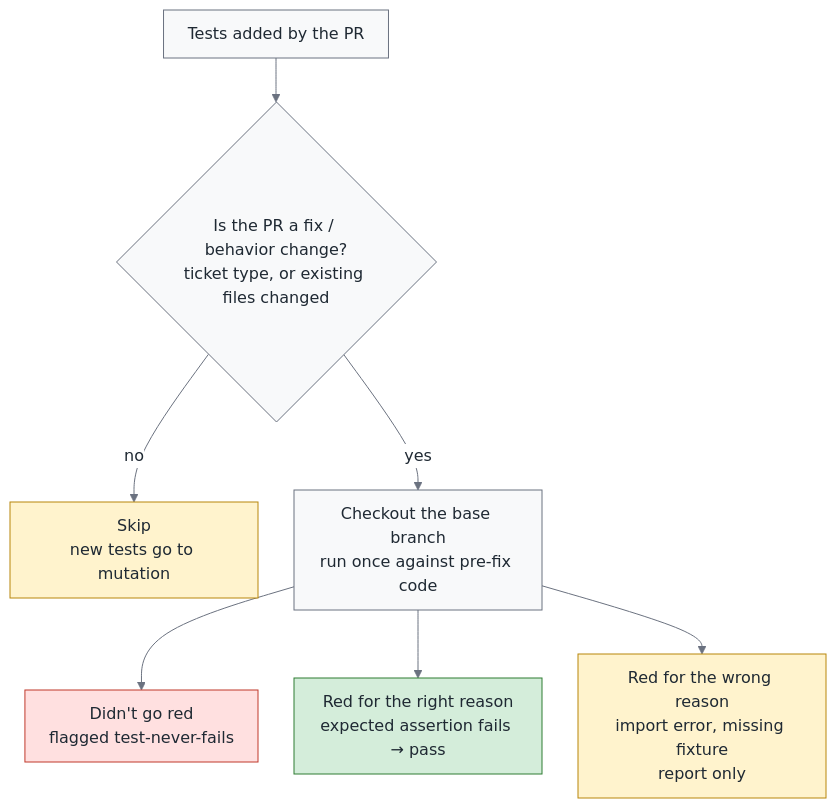
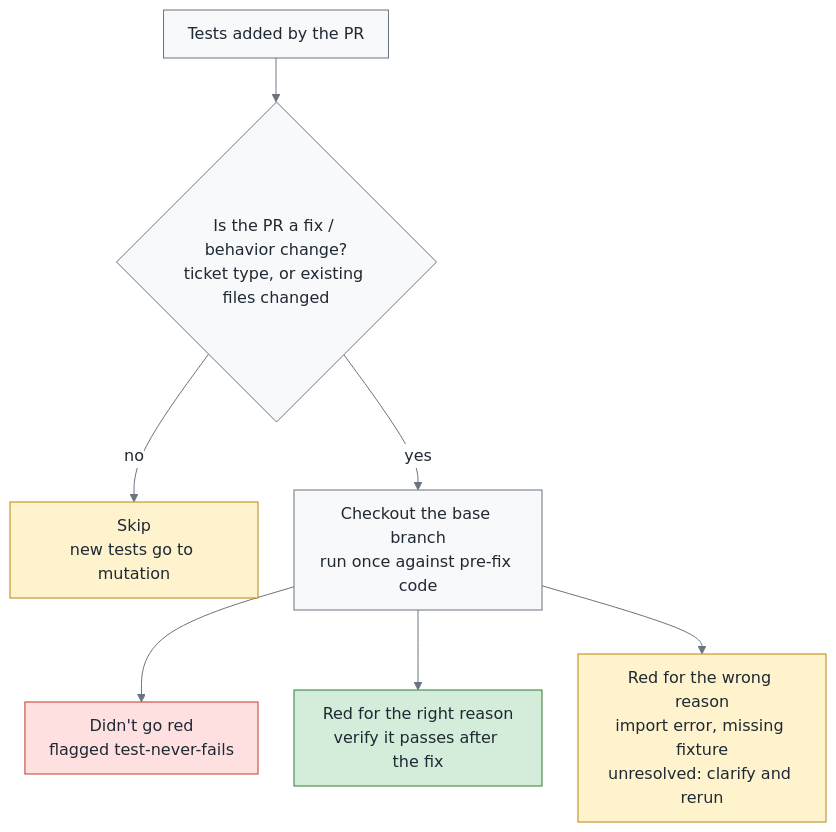
One commit to fantasybz/medium-articles changed the second of 4 diagrams in 2026-10-green-testing/article.en.md. Above: the diagram before and after it, drawn with Mermaid. The commit also changed other lines of this file and 93 other files, not shown here.

````diff
--- a/2026-10-green-testing/article.en.md
+++ b/2026-10-green-testing/article.en.md
@@ -233,40 +233,40 @@
 ```mermaid
 ---
 config:
   theme: base
   themeVariables:
     fontSize: 16px
     primaryColor: "#f8f9fa"
     primaryTextColor: "#1f2933"
     primaryBorderColor: "#6b7280"
     lineColor: "#6b7280"
     secondaryColor: "#f8f9fa"
     tertiaryColor: "#ffffff"
     clusterBkg: "#ffffff"
     clusterBorder: "#9ca3af"
     edgeLabelBackground: "#ffffff"
   flowchart:
     nodeSpacing: 36
     rankSpacing: 44
     padding: 12
     htmlLabels: true
     subGraphTitleMargin:
       top: 8
       bottom: 12
     curve: basis
 ---
 flowchart TB
     classDef own fill:#d4edda,stroke:#2e7d32,color:#1f2933
     classDef buy fill:#fff3cd,stroke:#b8860b,color:#1f2933
     classDef bad fill:#ffe0e0,stroke:#c0392b,color:#1f2933
     classDef human fill:#e3f2fd,stroke:#1565c0,color:#1f2933
     N["Tests added by the PR"] --> Q{"Is the PR a fix / behavior change?<br/>ticket type, or existing files changed"}
     Q -->|no| S["Skip<br/>new tests go to mutation"]
     Q -->|yes| R["Checkout the base branch<br/>run once against pre-fix code"]
     R --> O1["Didn't go red<br/>flagged test-never-fails"]
-    R --> O2["Red for the right reason<br/>expected assertion fails → pass"]
-    R --> O3["Red for the wrong reason<br/>import error, missing fixture<br/>report only"]
+    R --> O2["Red for the right reason<br/>verify it passes after the fix"]
+    R --> O3["Red for the wrong reason<br/>import error, missing fixture<br/>unresolved: clarify and rerun"]
     class S,O3 buy
     class O1 bad
     class O2 own
 ```
````
